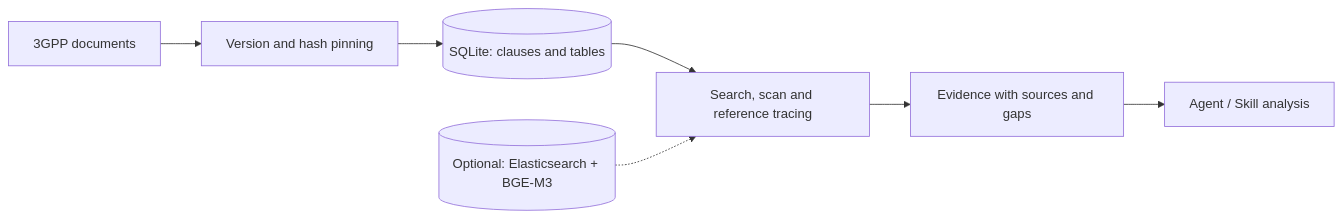
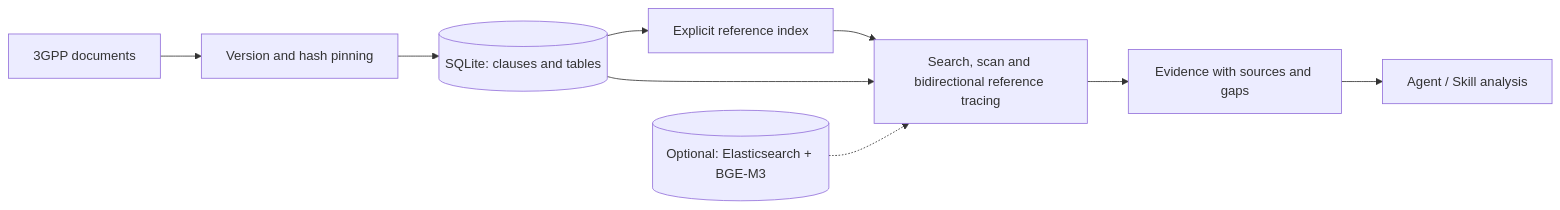
One commit to ki225/3gpp-spec-retriever changed the diagram in README.md. Above: the diagram before and after it, drawn with Mermaid. The commit also changed other lines of this file and 10 other files, not shown here.

Commit message:
feat: index version-pinned cross references for bidirectional retrieval

````diff
--- a/README.md
+++ b/README.md
@@ -13,9 +13,11 @@
 ```mermaid
 flowchart LR
     DOC["3GPP documents"] --> PIN["Version and hash pinning"]
     PIN --> STORE[("SQLite: clauses and tables")]
-    STORE --> RETRIEVE["Search, scan and reference tracing"]
+    STORE --> LINKS["Explicit reference index"]
+    LINKS --> RETRIEVE["Search, scan and bidirectional reference tracing"]
+    STORE --> RETRIEVE
     VECTOR[("Optional: Elasticsearch + BGE-M3")] -.-> RETRIEVE
     RETRIEVE --> EVIDENCE["Evidence with sources and gaps"]
     EVIDENCE --> AGENT["Agent / Skill analysis"]
 ```
````
